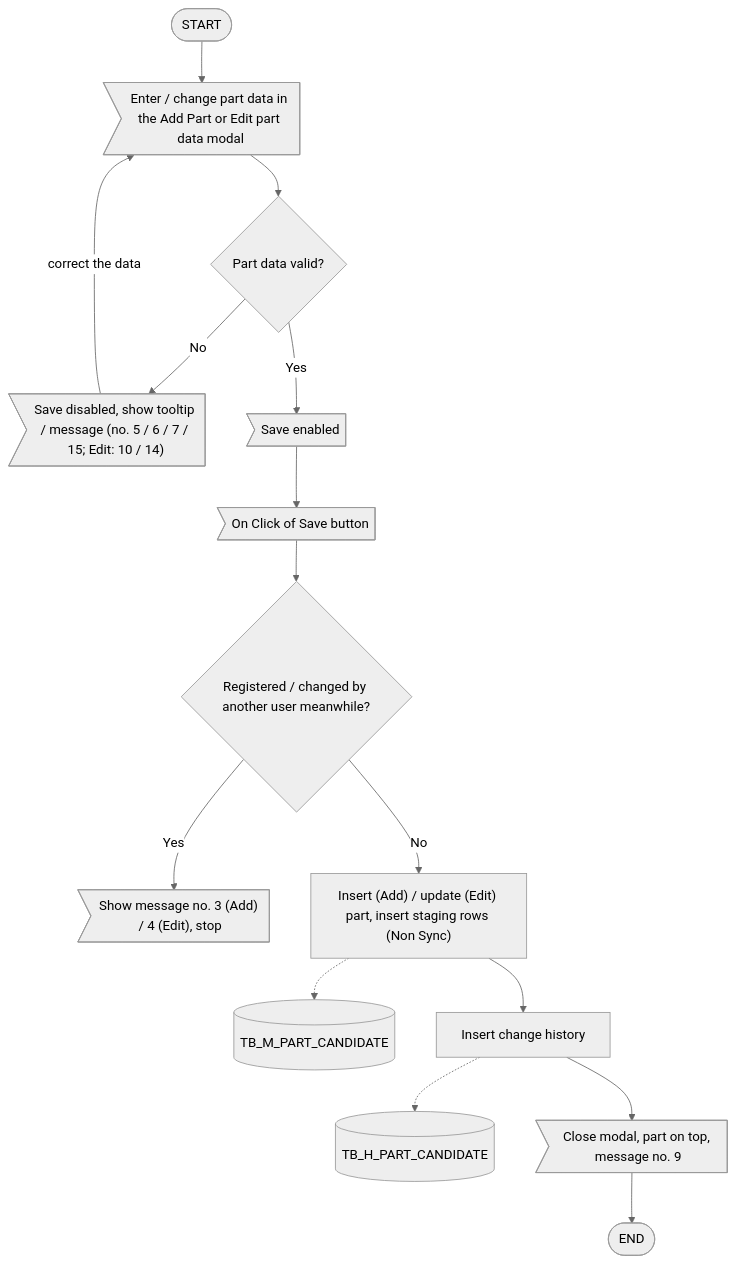
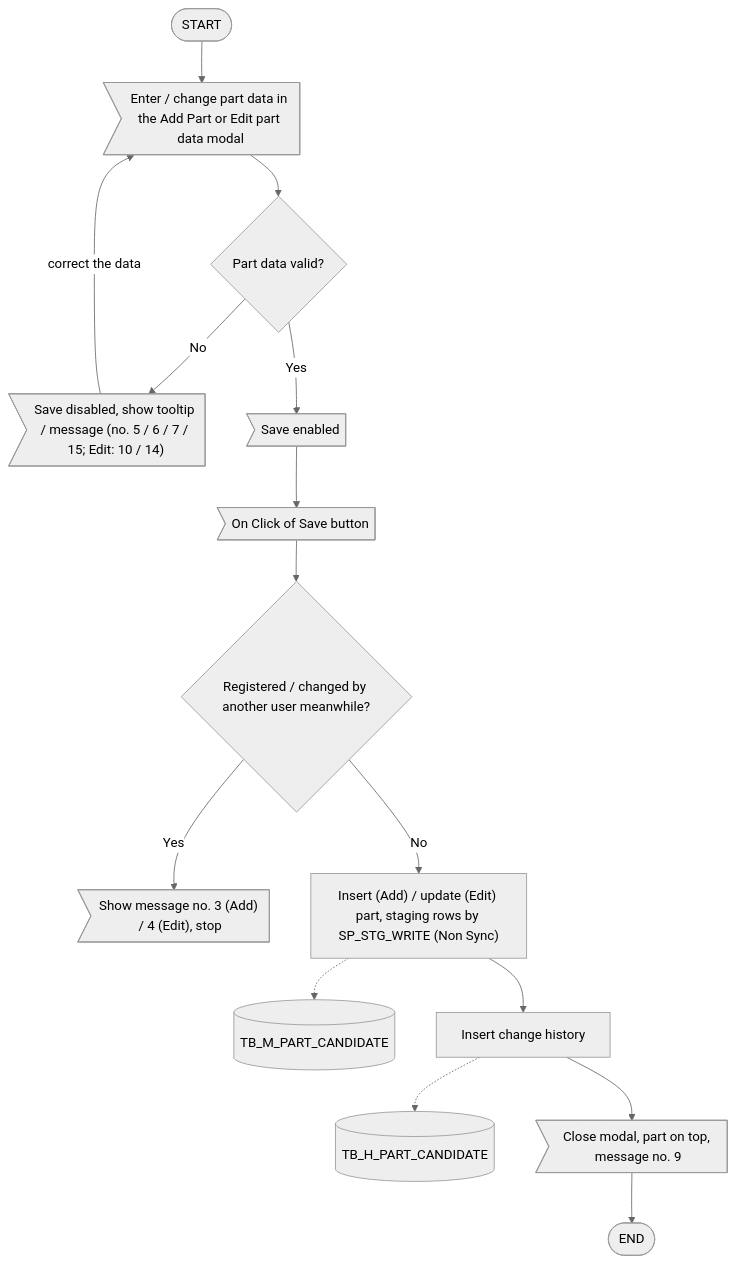
One commit to ivanrayhannn/crossdockpoc changed the third of 5 diagrams in prepare_code/uiss/XD01_Screen_CrossDockPartMaster.md. Above: the diagram before and after it, drawn with Mermaid (neutral theme). The commit also changed other lines of this file and 63 other files, not shown here.

First line of the commit message:
UISS XD01-XD03, XD05-XD07: staging per target, Period, RPA parent flow

````diff
--- a/prepare_code/uiss/XD01_Screen_CrossDockPartMaster.md
+++ b/prepare_code/uiss/XD01_Screen_CrossDockPartMaster.md
@@ -181,31 +182,31 @@
 ```mermaid
 flowchart TB
   s(["START"])
   e1>"Enter / change part data in the Add Part or Edit part data modal"]
   d1{"Part data valid?"}
   m1>"Save disabled, show tooltip / message (no. 5 / 6 / 7 / 15; Edit: 10 / 14)"]
   m2>"Save enabled"]
   e2>"On Click of Save button"]
   d2{"Registered / changed by another user meanwhile?"}
   m3>"Show message no. 3 (Add) / 4 (Edit), stop"]
-  p1["Insert (Add) / update (Edit) part, insert staging rows (Non Sync)"]
+  p1["Insert (Add) / update (Edit) part, staging rows by SP_STG_WRITE (Non Sync)"]
   db[("TB_M_PART_CANDIDATE")]
   p2["Insert change history"]
   db2[("TB_H_PART_CANDIDATE")]
   m4>"Close modal, part on top, message no. 9"]
   x(["END"])
   s --> e1
   e1 --> d1
   d1 -->|No| m1
   m1 -->|correct the data| e1
   d1 -->|Yes| m2
   m2 --> e2
   e2 --> d2
   d2 -->|Yes| m3
   d2 -->|No| p1
   p1 -.-> db
   p1 --> p2
   p2 -.-> db2
   p2 --> m4
   m4 --> x
 ```
````
